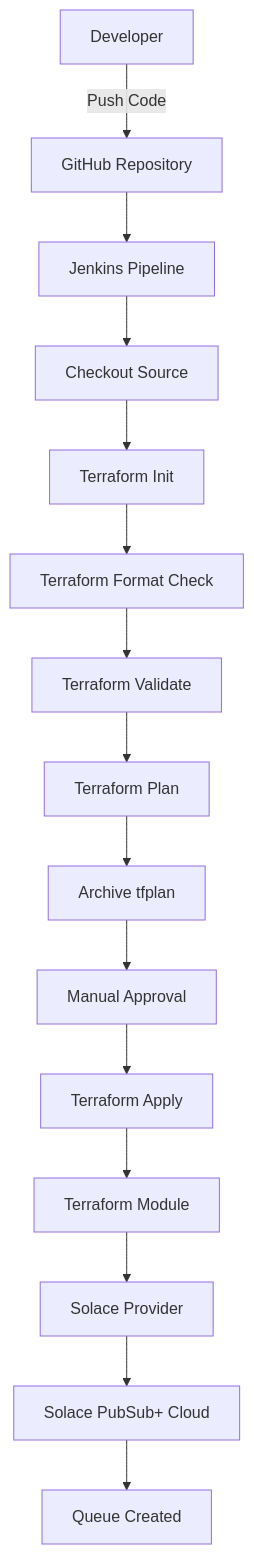
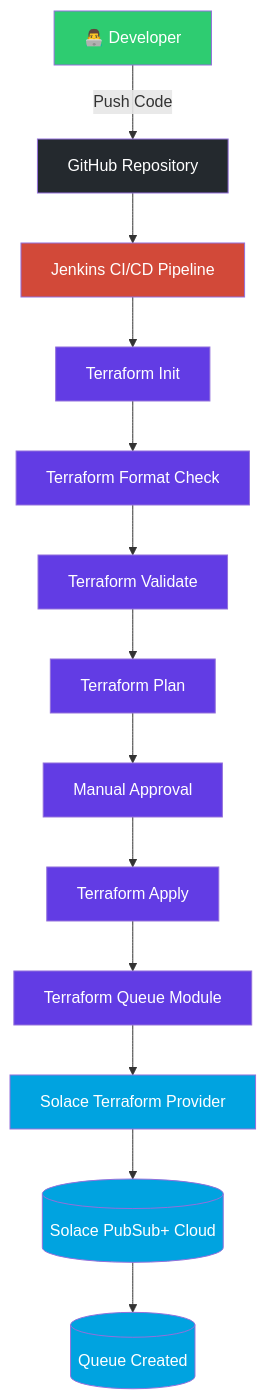
Before and after one commit to iamroHit12/terraform-solace: the diagram in README.md, drawn with Mermaid. The commit also changed other lines of this file, not shown here.

````diff
--- a/README.md
+++ b/README.md
@@ -16,31 +14,56 @@
 ```mermaid
-flowchart TD
+flowchart TB
 
-    A[Developer] -->|Push Code| B[GitHub Repository]
+    DEV[👨‍💻 Developer]
 
-    B --> C[Jenkins Pipeline]
+    GIT[GitHub Repository]
 
-    C --> D[Checkout Source]
+    JENKINS[Jenkins CI/CD Pipeline]
 
-    D --> E[Terraform Init]
+    INIT[Terraform Init]
 
-    E --> F[Terraform Format Check]
+    FMT[Terraform Format Check]
 
-    F --> G[Terraform Validate]
+    VALIDATE[Terraform Validate]
 
-    G --> H[Terraform Plan]
+    PLAN[Terraform Plan]
 
-    H --> I[Archive tfplan]
+    APPROVAL[Manual Approval]
 
-    I --> J[Manual Approval]
+    APPLY[Terraform Apply]
 
-    J --> K[Terraform Apply]
+    MODULE[Terraform Queue Module]
 
-    K --> L[Terraform Module]
+    PROVIDER[Solace Terraform Provider]
 
-    L --> M[Solace Provider]
+    SOLACE[(Solace PubSub+ Cloud)]
 
-    M --> N[Solace PubSub+ Cloud]
+    QUEUE[(Queue Created)]
 
-    N --> O[Queue Created]
+    DEV -->|Push Code| GIT
+    GIT --> JENKINS
+
+    JENKINS --> INIT
+    INIT --> FMT
+    FMT --> VALIDATE
+    VALIDATE --> PLAN
+    PLAN --> APPROVAL
+    APPROVAL --> APPLY
+
+    APPLY --> MODULE
+    MODULE --> PROVIDER
+    PROVIDER --> SOLACE
+    SOLACE --> QUEUE
+
+    classDef github fill:#24292e,color:#ffffff
+    classDef jenkins fill:#D24939,color:#ffffff
+    classDef terraform fill:#623CE4,color:#ffffff
+    classDef solace fill:#00A3E0,color:#ffffff
+    classDef developer fill:#2ECC71,color:#ffffff
+
+    class DEV developer
+    class GIT github
+    class JENKINS jenkins
+    class INIT,FMT,VALIDATE,PLAN,APPROVAL,APPLY,MODULE terraform
+    class PROVIDER,SOLACE,QUEUE solace
 ```
````
